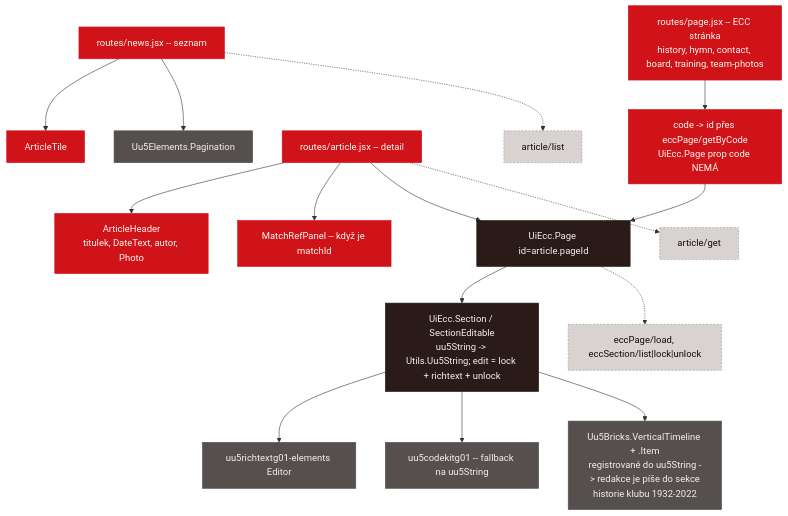
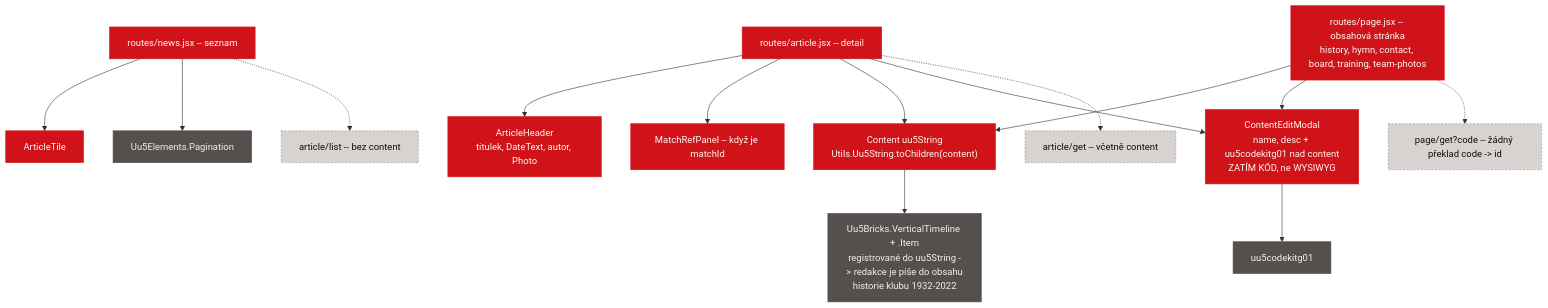
Before and after one commit to capo00/afkbratcice: the eighth of 10 diagrams in design/component-tree.md, drawn with Mermaid. The commit also changed other lines of this file and 7 other files, not shown here.

First line of the commit message:
docs(design): srovnat frontend návrh s hotovým serverem a rozhodnout obsah bez ECC

````diff
--- a/design/component-tree.md
+++ b/design/component-tree.md
@@ -342,38 +352,37 @@
 ```mermaid
 flowchart TD
   news["routes/news.jsx -- seznam"]:::own
   pag["Uu5Elements.Pagination"]:::uu5
   atile["ArticleTile"]:::own
 
   art["routes/article.jsx -- detail"]:::own
   ahead["ArticleHeader<br/>titulek, DateText, autor, Photo"]:::own
   mref["MatchRefPanel -- když je matchId"]:::own
-  ecc["UiEcc.Page id=article.pageId"]:::caio
-  esec["UiEcc.Section / SectionEditable<br/>uu5String -> Utils.Uu5String; edit = lock + richtext + unlock"]:::caio
-  rte["uu5richtextg01-elements Editor"]:::uu5
-  ck["uu5codekitg01 -- fallback na uu5String"]:::uu5
+  content["Content uu5String<br/>Utils.Uu5String.toChildren(content)"]:::own
 
-  page["routes/page.jsx -- ECC stránka<br/>history, hymn, contact, board, training, team-photos"]:::own
-  resolve["code -> id přes eccPage/getByCode<br/>UiEcc.Page prop code NEMÁ"]:::own
-  tl["Uu5Bricks.VerticalTimeline + .Item<br/>registrované do uu5String -> redakce je píše do sekce<br/>historie klubu 1932-2022"]:::uu5
+  page["routes/page.jsx -- obsahová stránka<br/>history, hymn, contact, board, training, team-photos"]:::own
+  edit["ContentEditModal<br/>name, desc + uu5codekitg01 nad content<br/>ZATÍM KÓD, ne WYSIWYG"]:::own
+  ck["uu5codekitg01"]:::uu5
+  tl["Uu5Bricks.VerticalTimeline + .Item<br/>registrované do uu5String -> redakce je píše do obsahu<br/>historie klubu 1932-2022"]:::uu5
 
-  d1["article/list"]:::data
-  d2["article/get"]:::data
-  d3["eccPage/load, eccSection/list|lock|unlock"]:::data
+  d1["article/list -- bez content"]:::data
+  d2["article/get -- včetně content"]:::data
+  d3["page/get?code -- žádný překlad code -> id"]:::data
 
   news --> atile
   news --> pag
   news -.-> d1
-  art --> ahead & mref & ecc
+  art --> ahead & mref & content
+  art --> edit
   art -.-> d2
-  ecc --> esec --> rte
-  esec --> ck
-  ecc -.-> d3
-  page --> resolve --> ecc
-  esec --> tl
+  page --> content
+  page --> edit
+  page -.-> d3
+  edit --> ck
+  content --> tl
 
   classDef own fill:#D01319,color:#FEF7F2,stroke:#D01319
   classDef caio fill:#2A1B19,color:#F3EFED,stroke:#2A1B19
   classDef uu5 fill:#55504E,color:#F3EFED,stroke:#55504E
   classDef data fill:#D8D2D0,color:#120D0C,stroke:#99908E,stroke-dasharray:3 3
 ```
````
